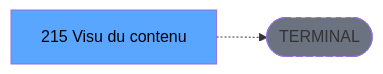
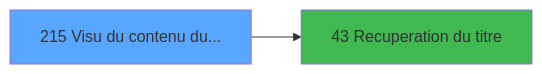
One commit to thonyAGP/magic-migration changed the third of 3 diagrams in .openspec/specs/ADH-IDE-215.md. Above: the diagram before and after it, drawn with Mermaid. The commit also changed other lines of this file and 493 other files, not shown here.

````diff
--- a/.openspec/specs/ADH-IDE-215.md
+++ b/.openspec/specs/ADH-IDE-215.md
@@ -139,8 +232,8 @@
 ```mermaid
 graph LR
-    T[215 Visu du contenu]
-    TERM([TERMINAL])
-    T -.-> TERM
-    style TERM fill:#6b7280,stroke-dasharray: 5 5
-    style T fill:#58a6ff,color:#000
+    T215[215 Visu du contenu du...]
+    style T215 fill:#58a6ff
+    C43[43 Recuperation du titre]
+    T215 --> C43
+    style C43 fill:#3fb950
 ```
````
